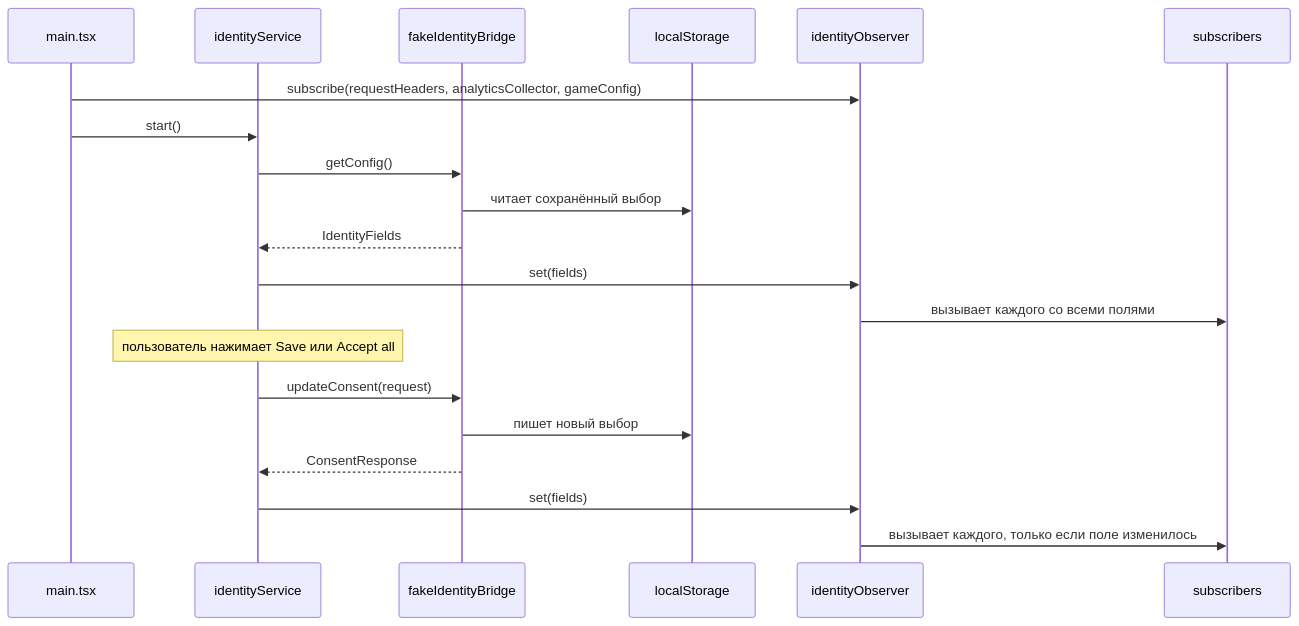
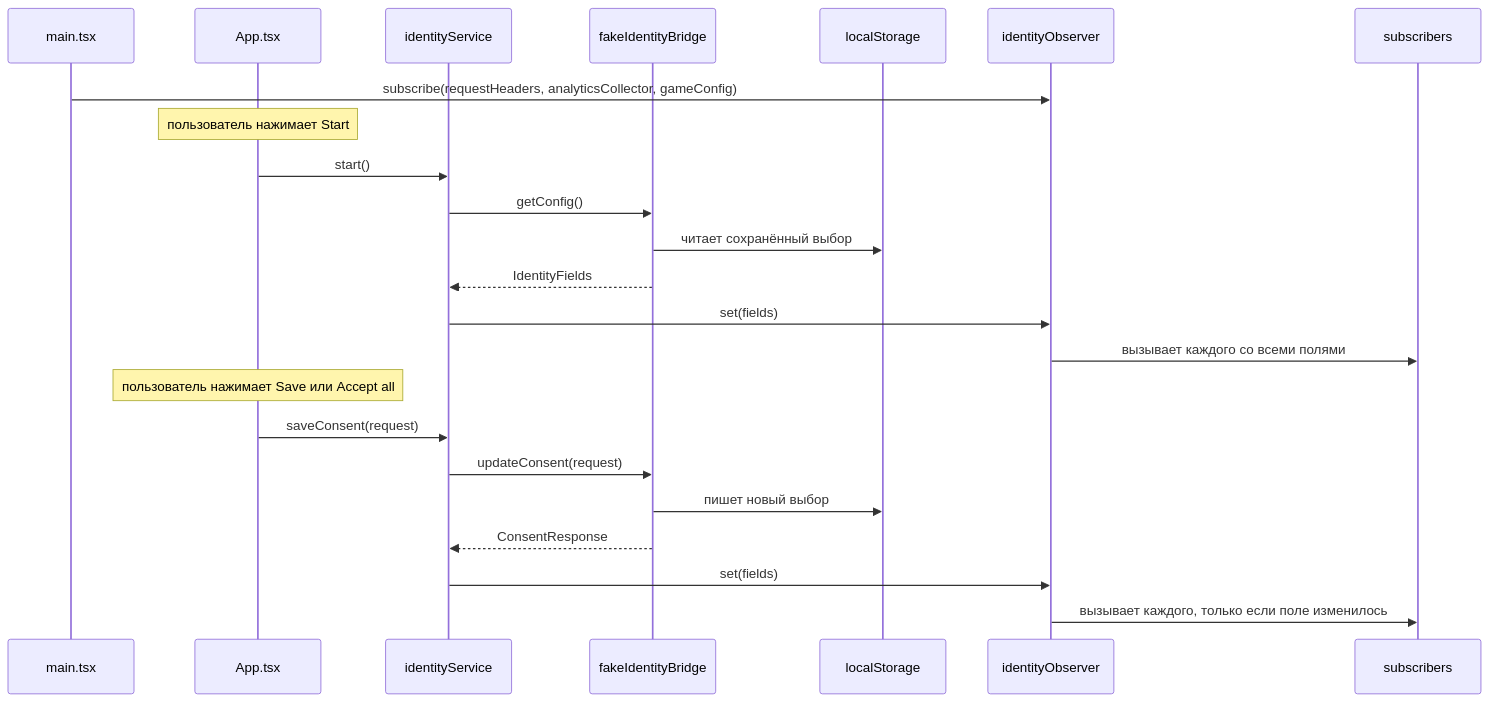
Before and after one commit to fedorovsky/docs: the first of 2 diagrams in playground/app/docs/features/identity-tracking-consent/ru/spec.md, drawn with Mermaid. The commit also changed other lines of this file and 7 other files, not shown here.

````diff
--- a/playground/app/docs/features/identity-tracking-consent/ru/spec.md
+++ b/playground/app/docs/features/identity-tracking-consent/ru/spec.md
@@ -32,22 +32,25 @@
 ```mermaid
 sequenceDiagram
   participant Main as main.tsx
+  participant App as App.tsx
   participant Service as identityService
   participant Bridge as fakeIdentityBridge
   participant Storage as localStorage
   participant Observer as identityObserver
   participant Subs as subscribers
   Main->>Observer: subscribe(requestHeaders, analyticsCollector, gameConfig)
-  Main->>Service: start()
+  Note over App: пользователь нажимает Start
+  App->>Service: start()
   Service->>Bridge: getConfig()
   Bridge->>Storage: читает сохранённый выбор
   Bridge-->>Service: IdentityFields
   Service->>Observer: set(fields)
   Observer->>Subs: вызывает каждого со всеми полями
-  Note over Service: пользователь нажимает Save или Accept all
+  Note over App: пользователь нажимает Save или Accept all
+  App->>Service: saveConsent(request)
   Service->>Bridge: updateConsent(request)
   Bridge->>Storage: пишет новый выбор
   Bridge-->>Service: ConsentResponse
   Service->>Observer: set(fields)
   Observer->>Subs: вызывает каждого, только если поле изменилось
 ```
````
